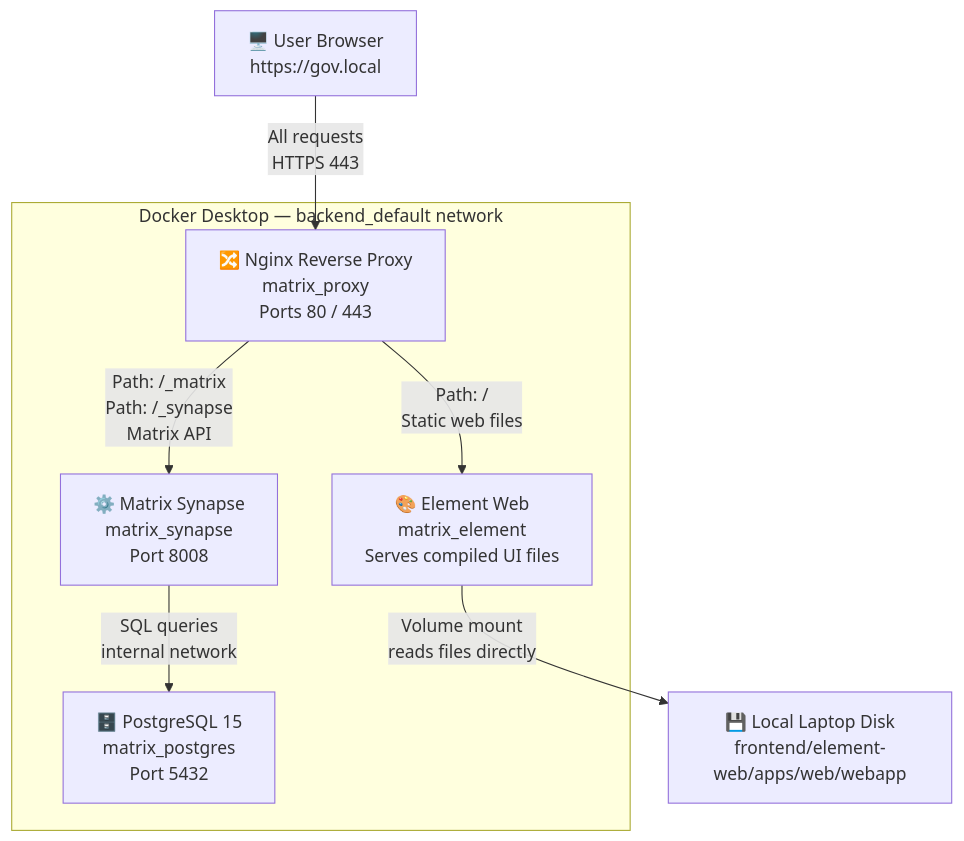
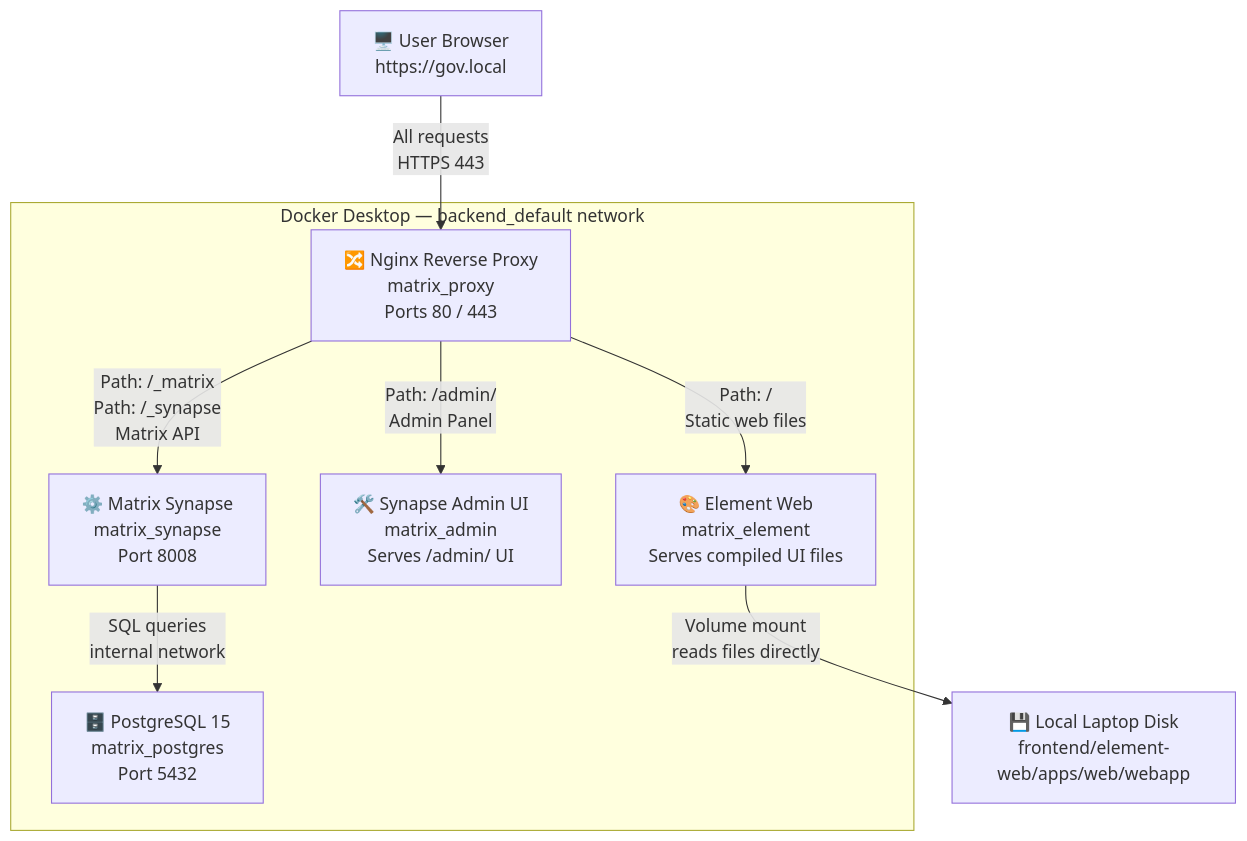
Before and after one commit to Ramilbey/Sovereign-Messenger: the first of 3 diagrams in docs/Architecture/system-overview.md, drawn with Mermaid. The commit also changed other lines of this file and 12 other files, not shown here.

````diff
--- a/docs/Architecture/system-overview.md
+++ b/docs/Architecture/system-overview.md
@@ -41,19 +42,21 @@
 ```mermaid
 graph TD
     Browser["🖥️ User Browser<br/>https://gov.local"]
 
     subgraph Docker["Docker Desktop — backend_default network"]
         Nginx["🔀 Nginx Reverse Proxy<br/>matrix_proxy<br/>Ports 80 / 443"]
         Element["🎨 Element Web<br/>matrix_element<br/>Serves compiled UI files"]
+        Admin["🛠️ Synapse Admin UI<br/>matrix_admin<br/>Serves /admin/ UI"]
         Synapse["⚙️ Matrix Synapse<br/>matrix_synapse<br/>Port 8008"]
         Postgres["🗄️ PostgreSQL 15<br/>matrix_postgres<br/>Port 5432"]
     end
 
     LocalDisk["💾 Local Laptop Disk<br/>frontend/element-web/apps/web/webapp"]
 
     Browser -->|"All requests<br/>HTTPS 443"| Nginx
     Nginx -->|"Path: /<br/>Static web files"| Element
+    Nginx -->|"Path: /admin/<br/>Admin Panel"| Admin
     Nginx -->|"Path: /_matrix<br/>Path: /_synapse<br/>Matrix API"| Synapse
     Element -->|"Volume mount<br/>reads files directly"| LocalDisk
     Synapse -->|"SQL queries<br/>internal network"| Postgres
 ```
````
